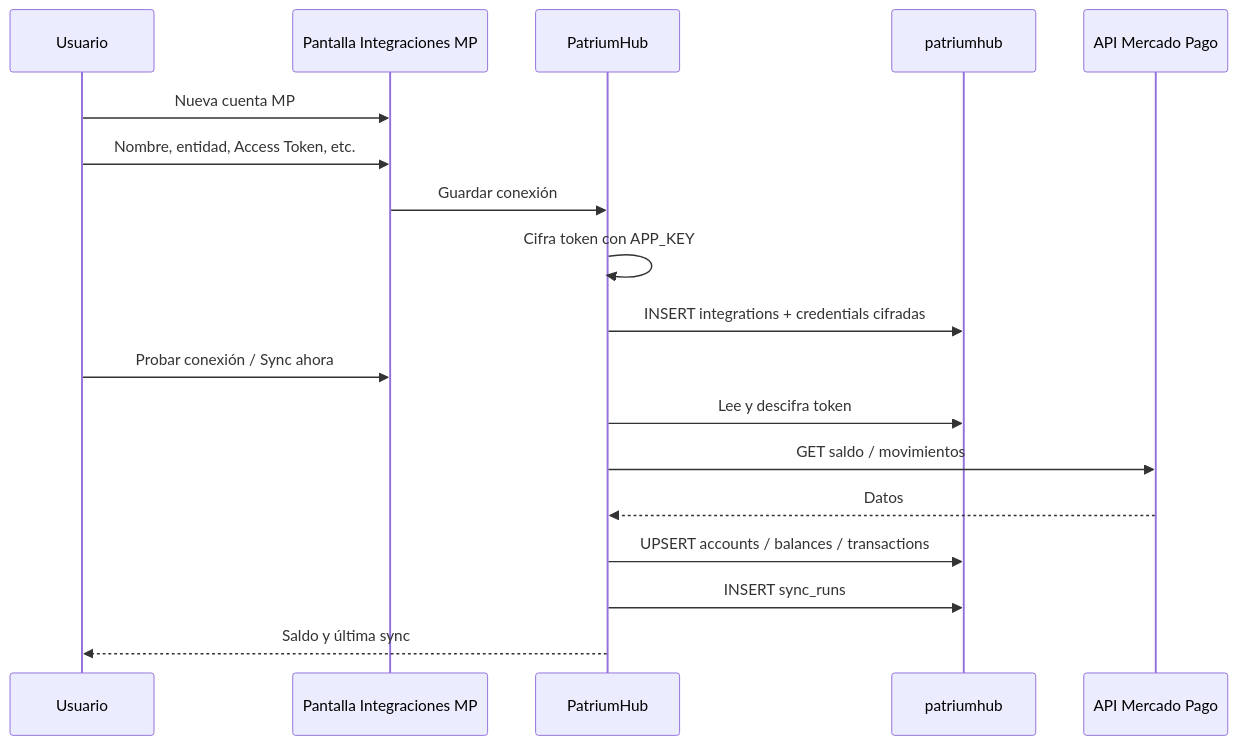
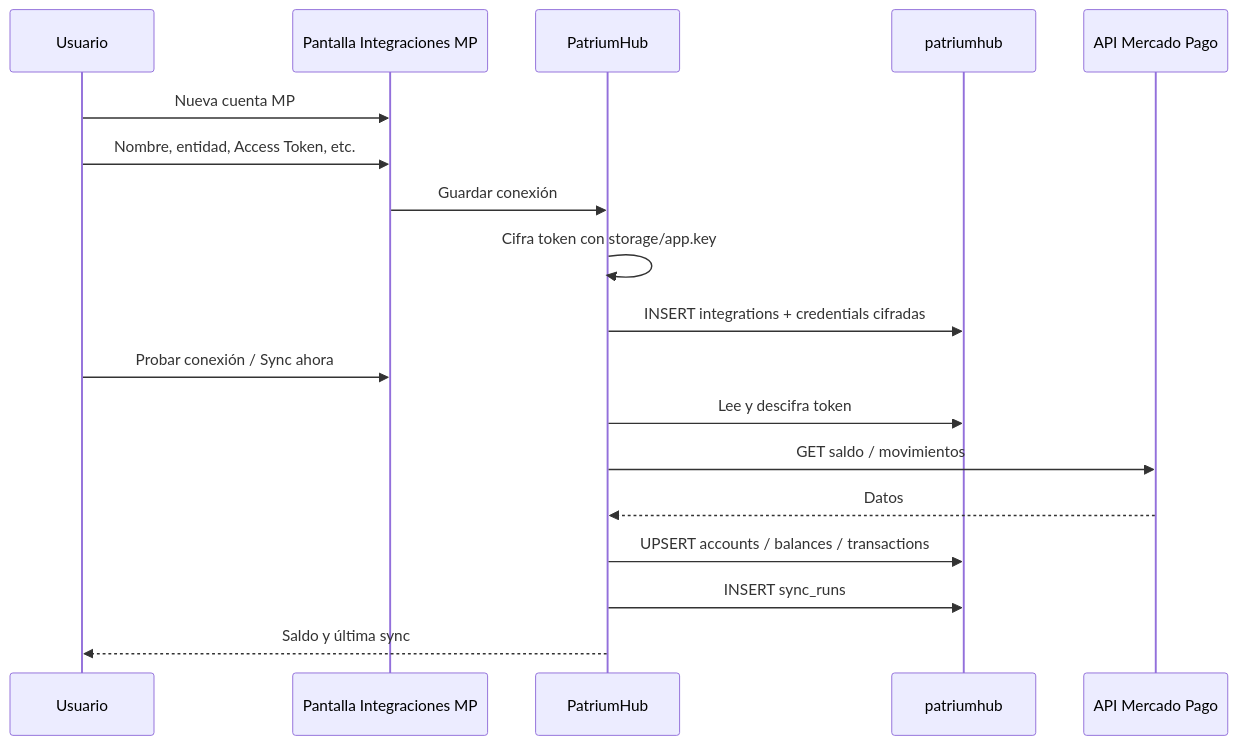
The third of 5 diagrams in 03-arquitectura-sistema.md (PatriumHub/Arquitectura), drawn with Mermaid before and after one commit. The commit also changed other lines of this file and 8 other files, not shown here.

````diff
--- a/03-arquitectura-sistema.md
+++ b/03-arquitectura-sistema.md
@@ -89,21 +89,21 @@
 ```mermaid
 sequenceDiagram
   participant U as Usuario
   participant UI as Pantalla Integraciones MP
   participant App as PatriumHub
   participant DB as patriumhub
   participant MP as API Mercado Pago
 
   U->>UI: Nueva cuenta MP
   U->>UI: Nombre, entidad, Access Token, etc.
   UI->>App: Guardar conexión
-  App->>App: Cifra token con APP_KEY
+  App->>App: Cifra token con storage/app.key
   App->>DB: INSERT integrations + credentials cifradas
   U->>UI: Probar conexión / Sync ahora
   App->>DB: Lee y descifra token
   App->>MP: GET saldo / movimientos
   MP-->>App: Datos
   App->>DB: UPSERT accounts / balances / transactions
   App->>DB: INSERT sync_runs
   App-->>U: Saldo y última sync
 ```
````
